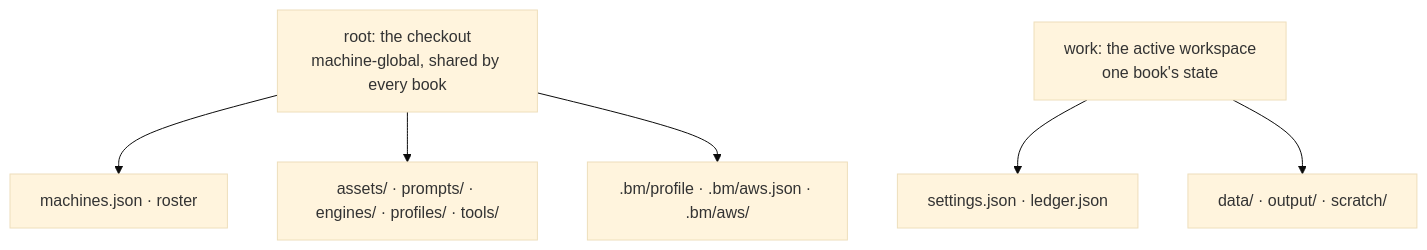
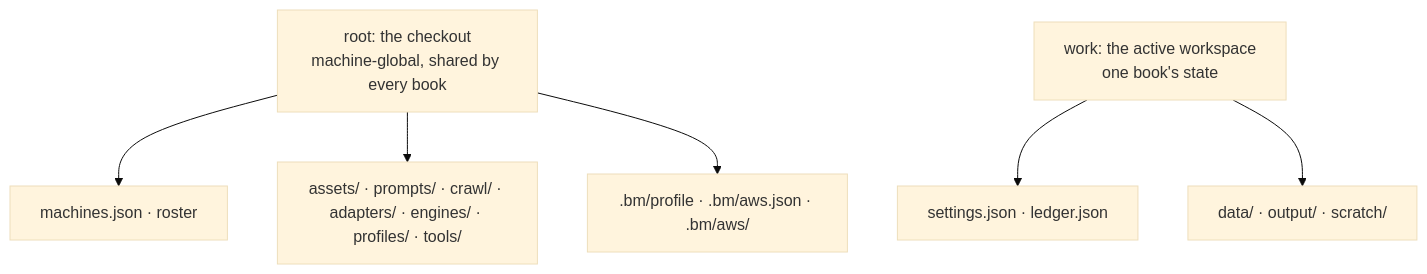
Before and after one commit to lhuthng/storycast: the third of 7 diagrams in docs/ARCHITECTURE.md, drawn with Mermaid (base theme). The commit also changed other lines of this file and 2 other files, not shown here.

````diff
--- a/docs/ARCHITECTURE.md
+++ b/docs/ARCHITECTURE.md
@@ -209,10 +209,10 @@
 ```mermaid
 flowchart TB
     ROOT["root: the checkout<br/>machine-global, shared by every book"]
     WORK["work: the active workspace<br/>one book's state"]
     ROOT --> R1["machines.json · roster"]
-    ROOT --> R2["assets/ · prompts/ · engines/ · profiles/ · tools/"]
+    ROOT --> R2["assets/ · prompts/ · crawl/ · adapters/ · engines/ · profiles/ · tools/"]
     ROOT --> R3[".bm/profile · .bm/aws.json · .bm/aws/"]
     WORK --> W1["settings.json · ledger.json"]
     WORK --> W2["data/ · output/ · scratch/"]
 ```
````
